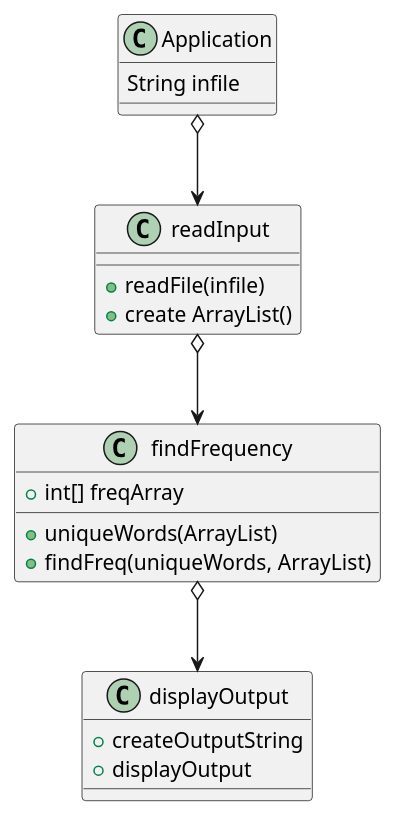
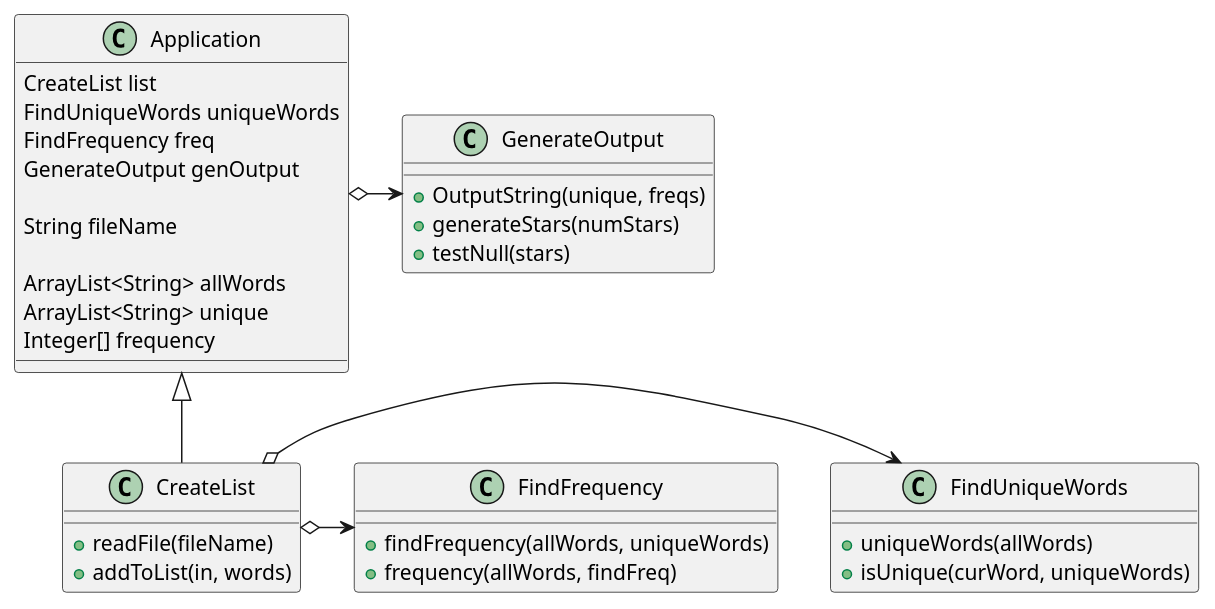
Before and after one commit to savosburn/osburn-cop3330-assignment3: the diagram in src/main/java/oop/assignment3/ex46/assignment3_ex46_diagram.puml, drawn with PlantUML. The commit also changed 5 other files, not shown here.

```diff
--- a/src/main/java/oop/assignment3/ex46/assignment3_ex46_diagram.puml
+++ b/src/main/java/oop/assignment3/ex46/assignment3_ex46_diagram.puml
@@ -1,28 +1,44 @@
 @startuml
 
 class Application {
-    String infile
+    CreateList list
+    FindUniqueWords uniqueWords
+    FindFrequency freq
+    GenerateOutput genOutput
+
+    String fileName
+
+    ArrayList<String> allWords
+    ArrayList<String> unique
+    Integer[] frequency
 
 }
 
-class readInput {
-    + readFile(infile)
-    + create ArrayList()
+class CreateList{
+    + readFile(fileName)
+    + addToList(in, words)
 }
 
-class findFrequency {
-    + int[] freqArray
-
-    + uniqueWords(ArrayList)
-    + findFreq(uniqueWords, ArrayList)
+class FindUniqueWords {
+    + uniqueWords(allWords)
+    + isUnique(curWord, uniqueWords)
 }
 
-class displayOutput {
-    + createOutputString
-    + displayOutput
+class FindFrequency {
+    + findFrequency(allWords, uniqueWords)
+    + frequency(allWords, findFreq)
 }
 
-Application o--> readInput
-readInput o--> findFrequency
-findFrequency o--> displayOutput
+
+class GenerateOutput {
+    + OutputString(unique, freqs)
+    + generateStars(numStars)
+    + testNull(stars)
+}
+
+Application <|-- CreateList
+CreateList o-> FindUniqueWords
+CreateList o-> FindFrequency
+Application o-> GenerateOutput
+
 @enduml
```
